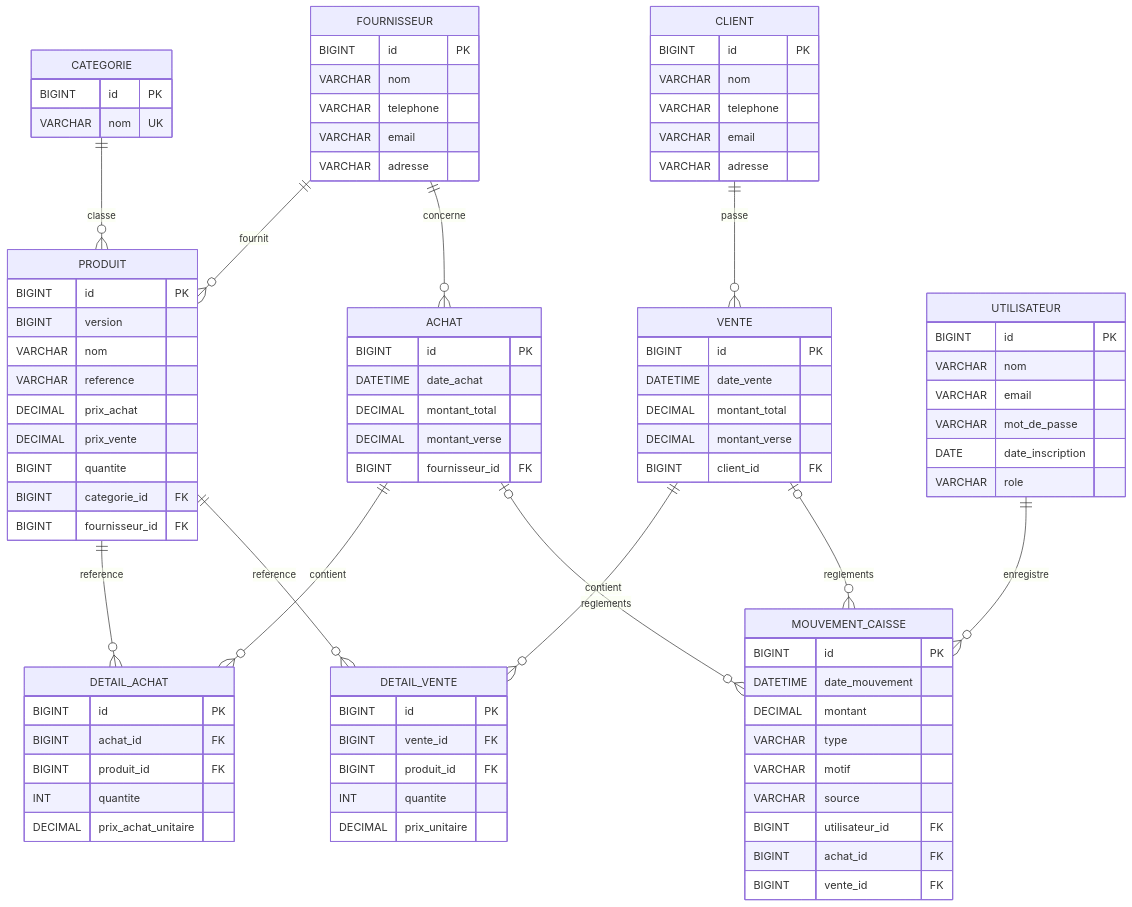
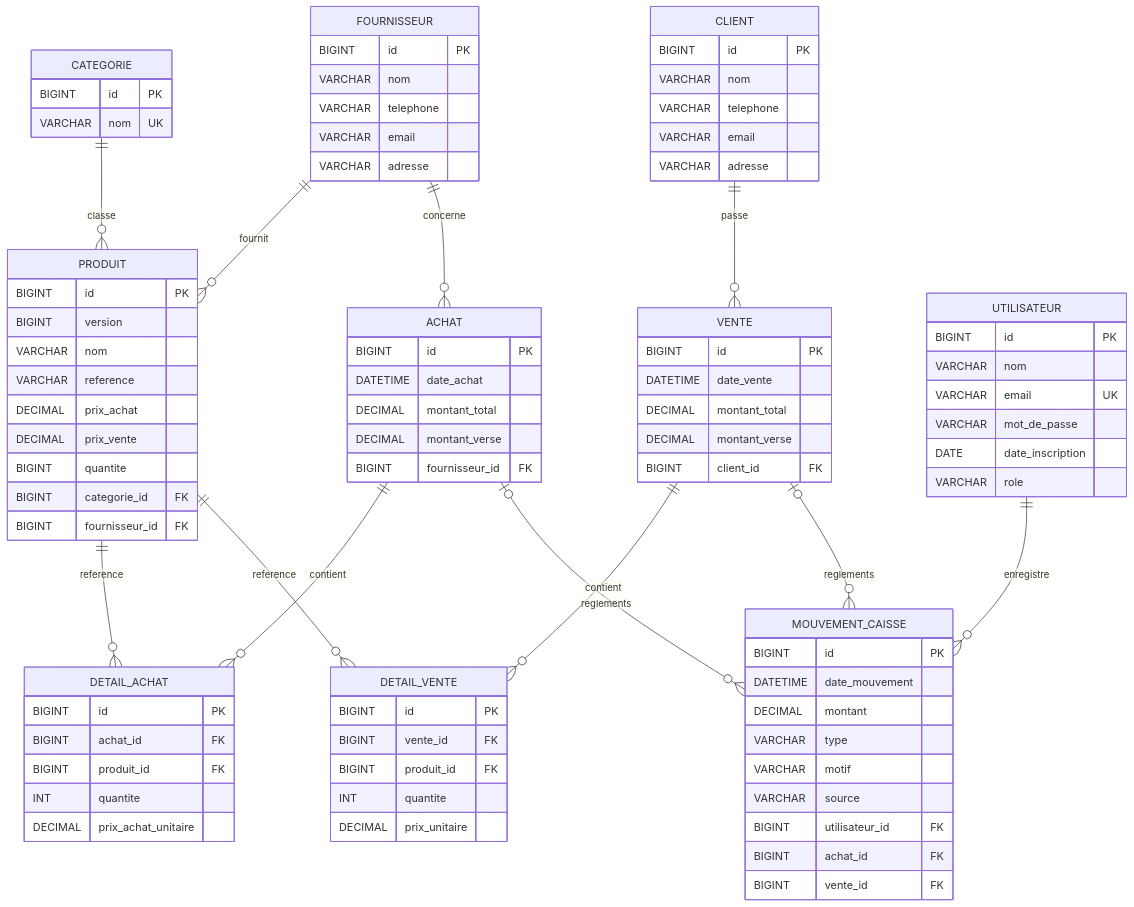
One commit to CherifDalein/gestion-de-stock changed the diagram in docs/database-schema.md. Above: the diagram before and after it, drawn with Mermaid. The commit also changed other lines of this file and 25 other files, not shown here.

```diff
--- a/docs/database-schema.md
+++ b/docs/database-schema.md
@@ -119,7 +119,7 @@
     UTILISATEUR {
         BIGINT id PK
         VARCHAR nom
-        VARCHAR email
+        VARCHAR email UK
         VARCHAR mot_de_passe
         DATE date_inscription
         VARCHAR role
```
